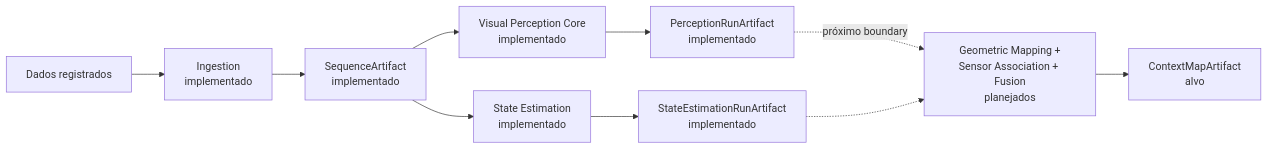
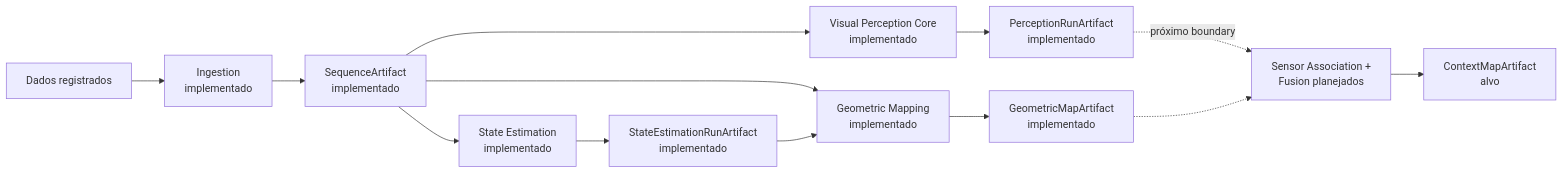
Before and after one commit to Alexandre-Tortoza/contextmap2: the diagram in README.md, drawn with Mermaid. The commit also changed other lines of this file and 6 other files, not shown here.

First line of the commit message:
docs(geometric-mapping): integrate the milestone into the global documentation

````diff
--- a/README.md
+++ b/README.md
@@ -11,12 +11,15 @@
 ```mermaid
 flowchart LR
     A["Dados registrados"] --> B["Ingestion<br/>implementado"]
     B --> C["SequenceArtifact<br/>implementado"]
     C --> D["Visual Perception Core<br/>implementado"]
     D --> E["PerceptionRunArtifact<br/>implementado"]
     C --> S["State Estimation<br/>implementado"]
     S --> T["StateEstimationRunArtifact<br/>implementado"]
-    E -. próximo boundary .-> F["Geometric Mapping +<br/>Sensor Association + Fusion<br/>planejados"]
-    T -.-> F
+    C --> M["Geometric Mapping<br/>implementado"]
+    T --> M
+    M --> MA["GeometricMapArtifact<br/>implementado"]
+    E -. próximo boundary .-> F["Sensor Association +<br/>Fusion planejados"]
+    MA -.-> F
     F --> G["ContextMapArtifact<br/>alvo"]
 ```
````
